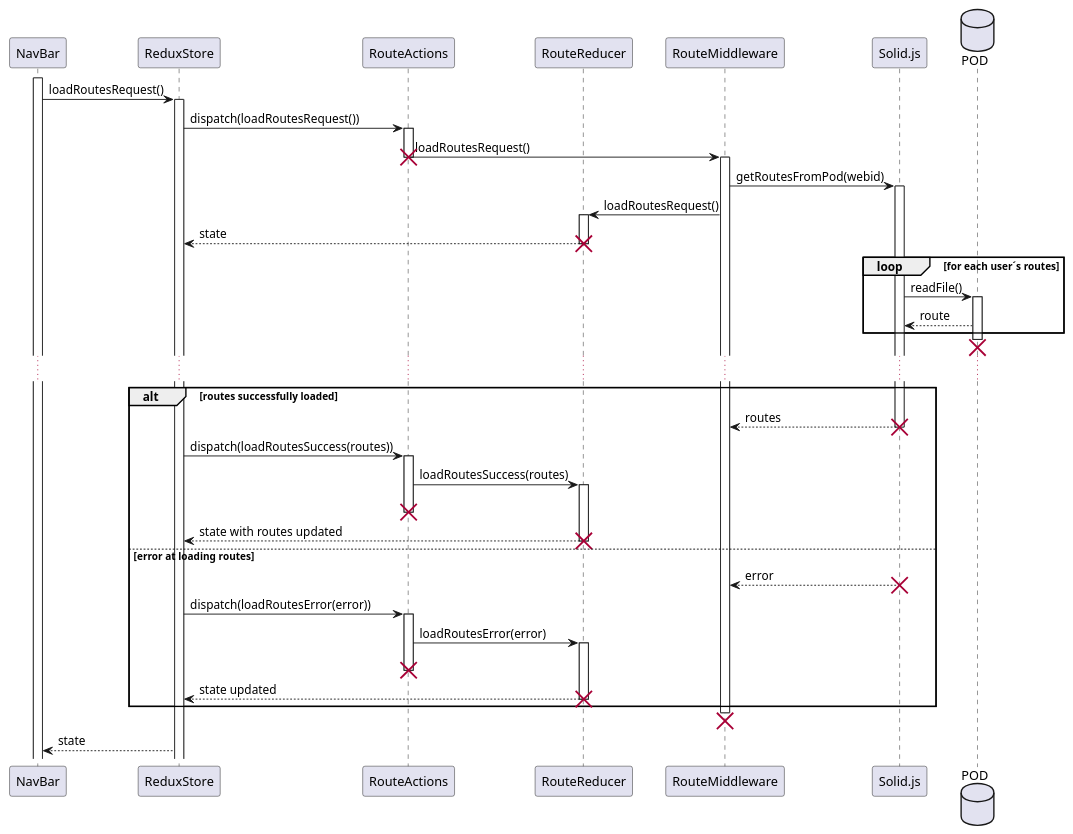
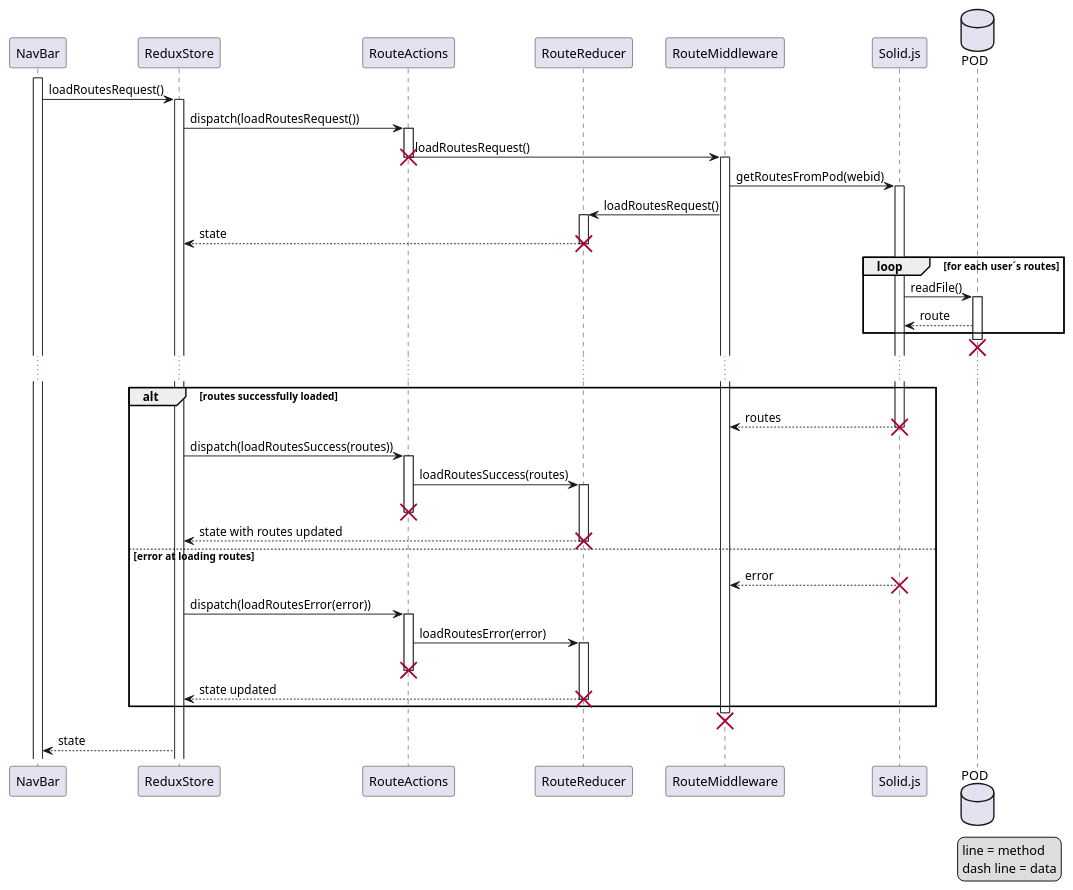
Before and after one commit to Arquisoft/viade_en1b: the diagram in src/docs/diagrams/06_SD_LoadRoutes.puml, drawn with PlantUML. The commit also changed 1 other file, not shown here.

```diff
--- a/src/docs/diagrams/06_SD_LoadRoutes.puml
+++ b/src/docs/diagrams/06_SD_LoadRoutes.puml
@@ -3,58 +3,60 @@
 @startuml
 
 participant NavBar as nb 
 participant ReduxStore as rs 
 participant RouteActions as ra 
 participant RouteReducer as rr 
 participant RouteMiddleware as rm 
 participant Solid.js as s 
 database POD as p
 
 activate nb
 nb -> rs: loadRoutesRequest()
 activate rs
 rs -> ra: dispatch(loadRoutesRequest())
 activate ra
 ra -> rm: loadRoutesRequest()
 destroy ra
 activate rm
 rm -> s: getRoutesFromPod(webid)
 activate s
 rm -> rr: loadRoutesRequest()
 activate rr
 rr --> rs: state
 destroy rr
 loop for each user´s routes
     s -> p: readFile()
     activate p
     p --> s: route
 end
 destroy p
 ...
 alt routes successfully loaded
 s --> rm: routes
 destroy s
 rs -> ra: dispatch(loadRoutesSuccess(routes))
 activate ra
 ra -> rr: loadRoutesSuccess(routes)
 activate rr
 destroy ra
 rr --> rs: state with routes updated
 destroy rr
 else error at loading routes
 s --> rm: error
 destroy s
 rs -> ra: dispatch(loadRoutesError(error))
 activate ra
 ra -> rr: loadRoutesError(error)
 activate rr
 destroy ra
 rr --> rs: state updated
 destroy rr
 end
 destroy rm
 rs --> nb: state
-
-
+legend right
+line = method
+dash line = data
+endlegend
 
 @enduml
```
